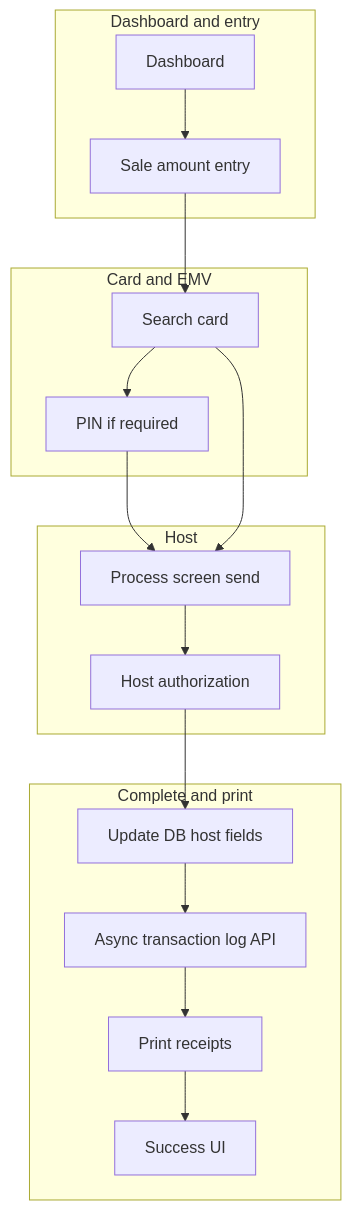
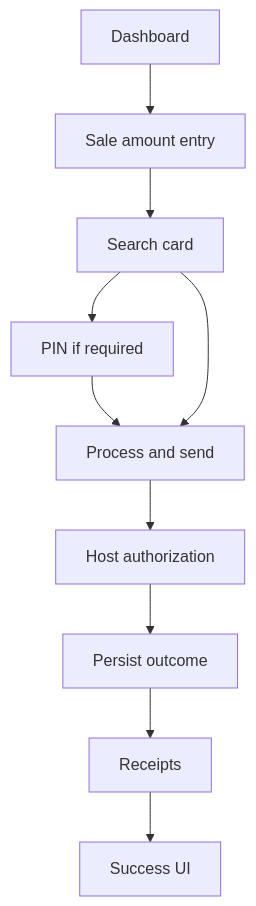
One commit to shummasniazi/fintech changed the diagram in README.md. Above: the diagram before and after it, drawn with Mermaid. The commit also changed other lines of this file and 6 other files, not shown here.

Commit message:
docs: architecture structure (card search, sale, ISO, DB, SDK); high-level README only

````diff
--- a/README.md
+++ b/README.md
@@ -47,31 +50,21 @@
 ```mermaid
 flowchart TD
-  subgraph preDash [Dashboard and entry]
-    D[Dashboard]
-    S[Sale amount entry]
-  end
-  subgraph card [Card and EMV]
-    C[Search card]
-    P[PIN if required]
-  end
-  subgraph online [Host]
-    X[Process screen send]
-    H[Host authorization]
-  end
-  subgraph finish [Complete and print]
-    U[Update DB host fields]
-    L[Async transaction log API]
-    R[Print receipts]
-    OK[Success UI]
-  end
+  D[Dashboard]
+  S[Sale amount entry]
+  C[Search card]
+  P[PIN if required]
+  X[Process and send]
+  H[Host authorization]
+  U[Persist outcome]
+  R[Receipts]
+  OK[Success UI]
   D --> S
   S --> C
   C --> P
   P --> X
   C --> X
   X --> H
   H --> U
-  U --> L
-  L --> R
+  U --> R
   R --> OK
 ```
````
